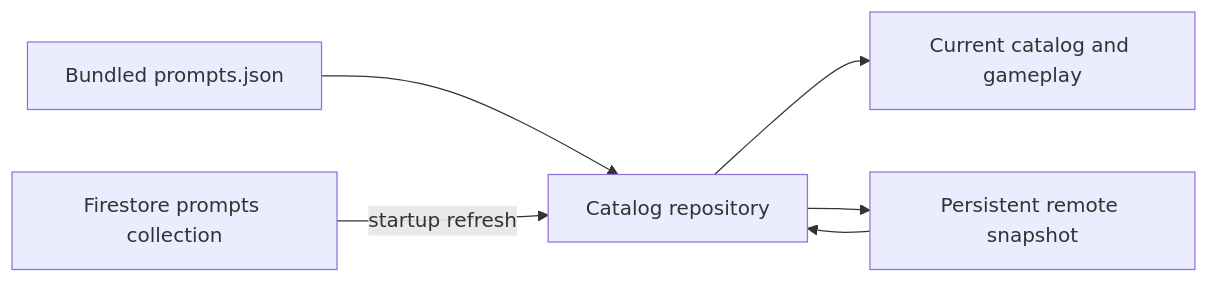
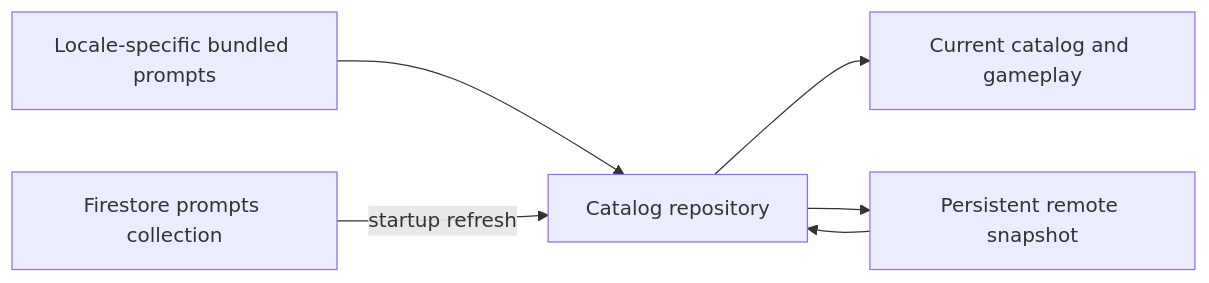
Before and after one commit to jordanrafalm/impostor: the diagram in docs/adr/ADR-0006-firebase-prompt-catalog-sync.md, drawn with Mermaid. The commit also changed other lines of this file and 41 other files, not shown here.

````diff
--- a/docs/adr/ADR-0006-firebase-prompt-catalog-sync.md
+++ b/docs/adr/ADR-0006-firebase-prompt-catalog-sync.md
@@ -28,8 +28,8 @@
 ```mermaid
 flowchart LR
-    Bundle[Bundled prompts.json] --> Merge[Catalog repository]
+    Bundle[Locale-specific bundled prompts] --> Merge[Catalog repository]
     Cache[Persistent remote snapshot] --> Merge
     Firestore[Firestore prompts collection] -->|startup refresh| Merge
     Merge --> Game[Current catalog and gameplay]
     Merge --> Cache
 ```
````
